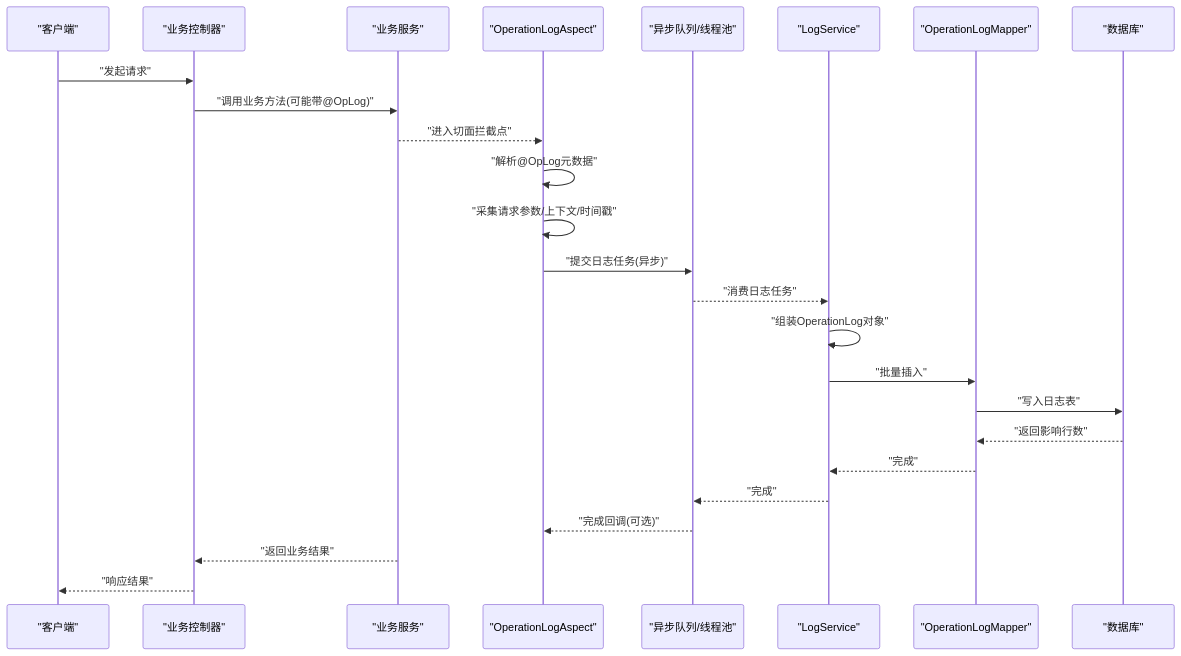
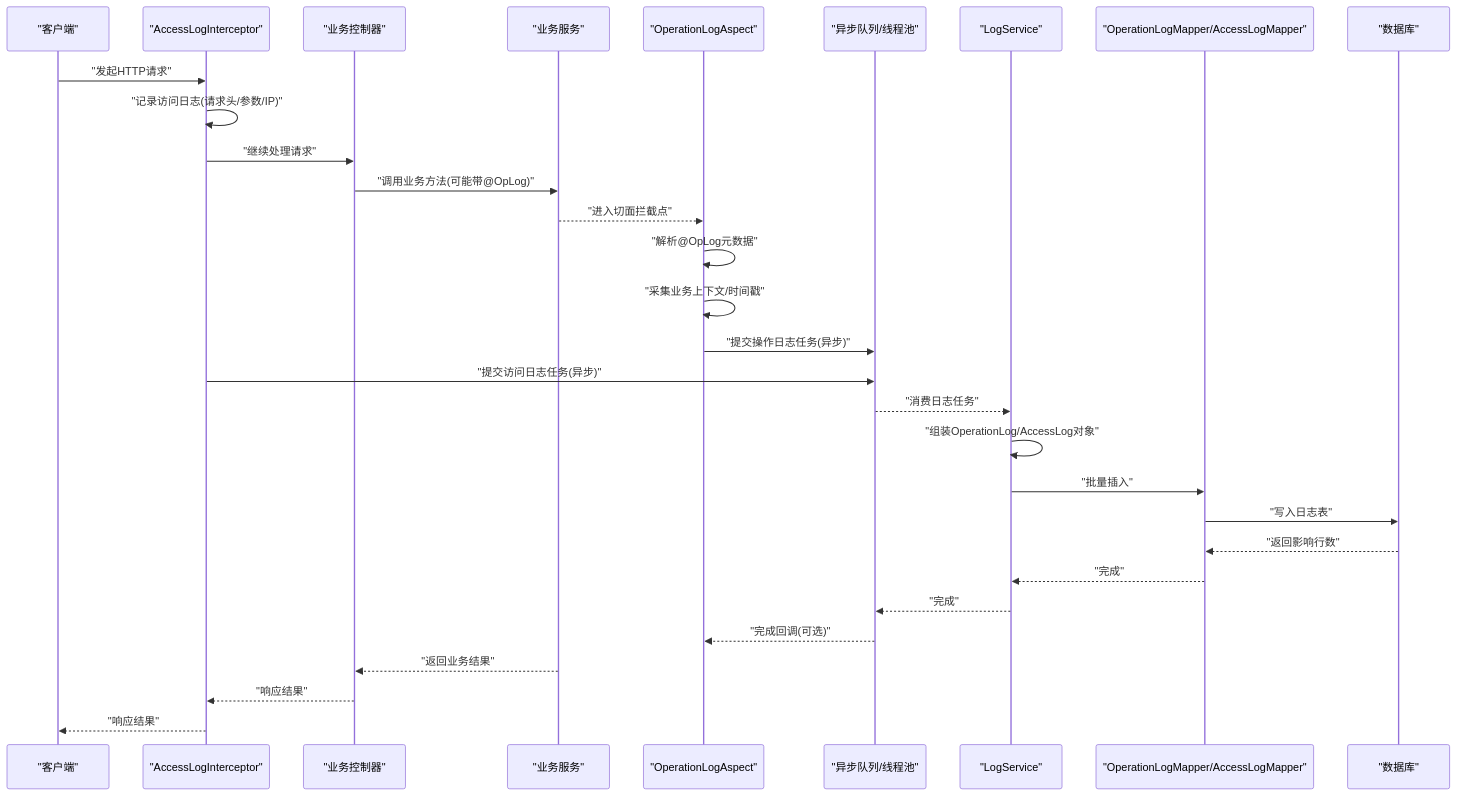
Before and after one commit to liming-lihaini/workflow: the second of 6 diagrams in .qoder/repowiki/zh/content/监控审计系统/操作日志系统.md, drawn with Mermaid. The commit also changed other lines of this file and 31 other files, not shown here.

````diff
--- a/.qoder/repowiki/zh/content/监控审计系统/操作日志系统.md
+++ b/.qoder/repowiki/zh/content/监控审计系统/操作日志系统.md
@@ -110,27 +131,32 @@
 ```mermaid
 sequenceDiagram
 participant Client as "客户端"
+participant Interceptor as "AccessLogInterceptor"
 participant Controller as "业务控制器"
 participant Service as "业务服务"
 participant Aspect as "OperationLogAspect"
 participant MQ as "异步队列/线程池"
 participant Svc as "LogService"
-participant Mapper as "OperationLogMapper"
+participant Mapper as "OperationLogMapper/AccessLogMapper"
 participant DB as "数据库"
-Client->>Controller : "发起请求"
+Client->>Interceptor : "发起HTTP请求"
+Interceptor->>Interceptor : "记录访问日志(请求头/参数/IP)"
+Interceptor->>Controller : "继续处理请求"
 Controller->>Service : "调用业务方法(可能带@OpLog)"
 Service-->>Aspect : "进入切面拦截点"
 Aspect->>Aspect : "解析@OpLog元数据"
-Aspect->>Aspect : "采集请求参数/上下文/时间戳"
-Aspect->>MQ : "提交日志任务(异步)"
+Aspect->>Aspect : "采集业务上下文/时间戳"
+Aspect->>MQ : "提交操作日志任务(异步)"
+Interceptor->>MQ : "提交访问日志任务(异步)"
 MQ-->>Svc : "消费日志任务"
-Svc->>Svc : "组装OperationLog对象"
+Svc->>Svc : "组装OperationLog/AccessLog对象"
 Svc->>Mapper : "批量插入"
 Mapper->>DB : "写入日志表"
 DB-->>Mapper : "返回影响行数"
 Mapper-->>Svc : "完成"
 Svc-->>MQ : "完成"
 MQ-->>Aspect : "完成回调(可选)"
 Service-->>Controller : "返回业务结果"
-Controller-->>Client : "响应结果"
+Controller-->>Interceptor : "响应结果"
+Interceptor-->>Client : "响应结果"
 ```
````
